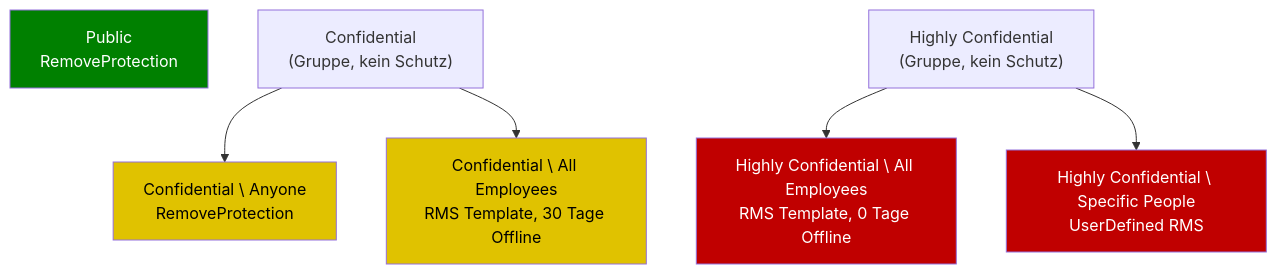
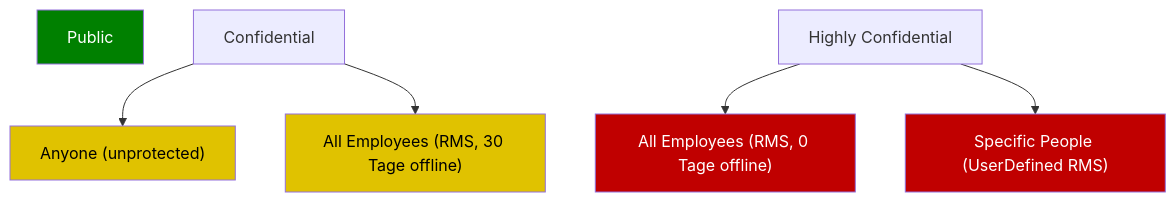
The second of 10 diagrams in Roadmap/Visualisierungen.md (WeissiEfficiency/Purview), drawn with Mermaid before and after one commit. The commit also changed other lines of this file, not shown here.

Commit message:
Roadmap: Visualisierungen ueberarbeitet - technische Fehler behoben, RACI als Tabelle, klarere Layouts

````diff
--- a/Roadmap/Visualisierungen.md
+++ b/Roadmap/Visualisierungen.md
@@ -34,18 +29,18 @@
 ```mermaid
 graph TD
-    Public["Public<br/>RemoveProtection"]
-    Conf["Confidential<br/>(Gruppe, kein Schutz)"]
-    HC["Highly Confidential<br/>(Gruppe, kein Schutz)"]
+    Public["Public"]
+    Conf["Confidential"]
+    HC["Highly Confidential"]
 
-    Conf --> ConfAny["Confidential \ Anyone<br/>RemoveProtection"]
-    Conf --> ConfAll["Confidential \ All Employees<br/>RMS Template, 30 Tage Offline"]
+    Conf --> ConfAny["Anyone (unprotected)"]
+    Conf --> ConfAll["All Employees (RMS, 30 Tage offline)"]
 
-    HC --> HCAll["Highly Confidential \ All Employees<br/>RMS Template, 0 Tage Offline"]
-    HC --> HCSpec["Highly Confidential \ Specific People<br/>UserDefined RMS"]
+    HC --> HCAll["All Employees (RMS, 0 Tage offline)"]
+    HC --> HCSpec["Specific People (UserDefined RMS)"]
 
     style Public fill:#008000,color:#fff
     style ConfAny fill:#e0c200,color:#000
     style ConfAll fill:#e0c200,color:#000
     style HCAll fill:#c00000,color:#fff
     style HCSpec fill:#c00000,color:#fff
 ```
````
